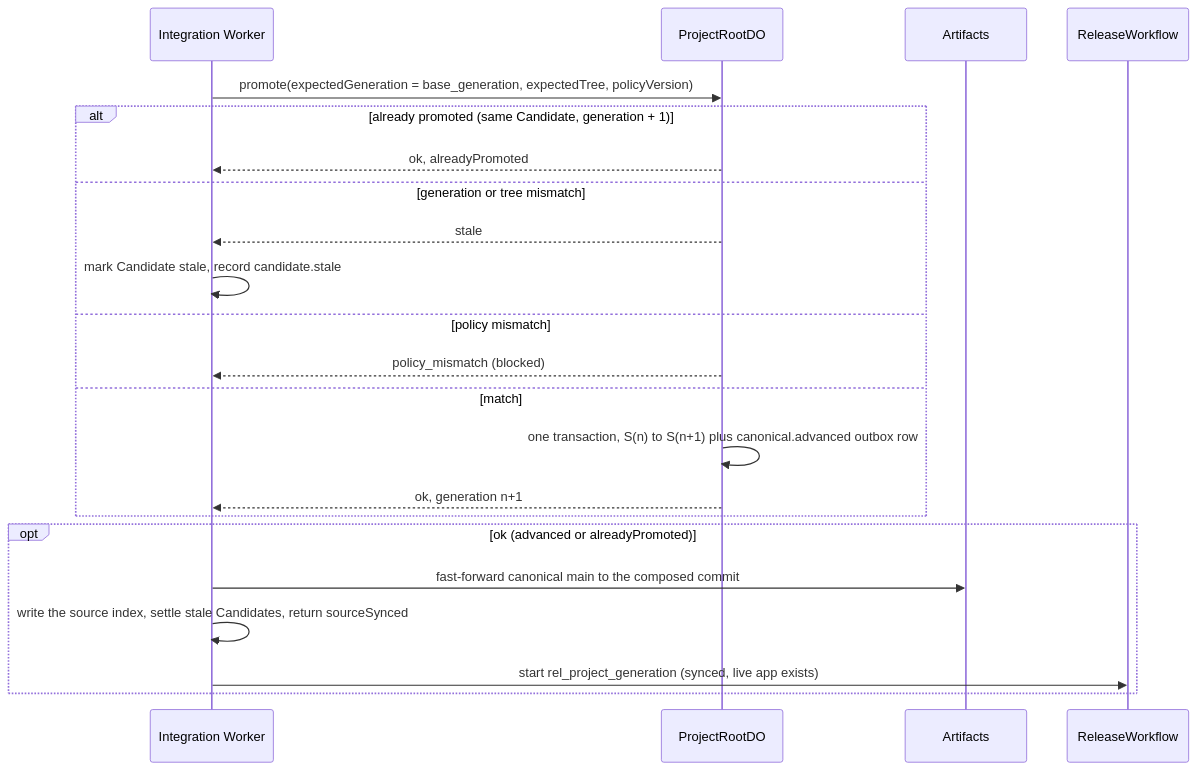
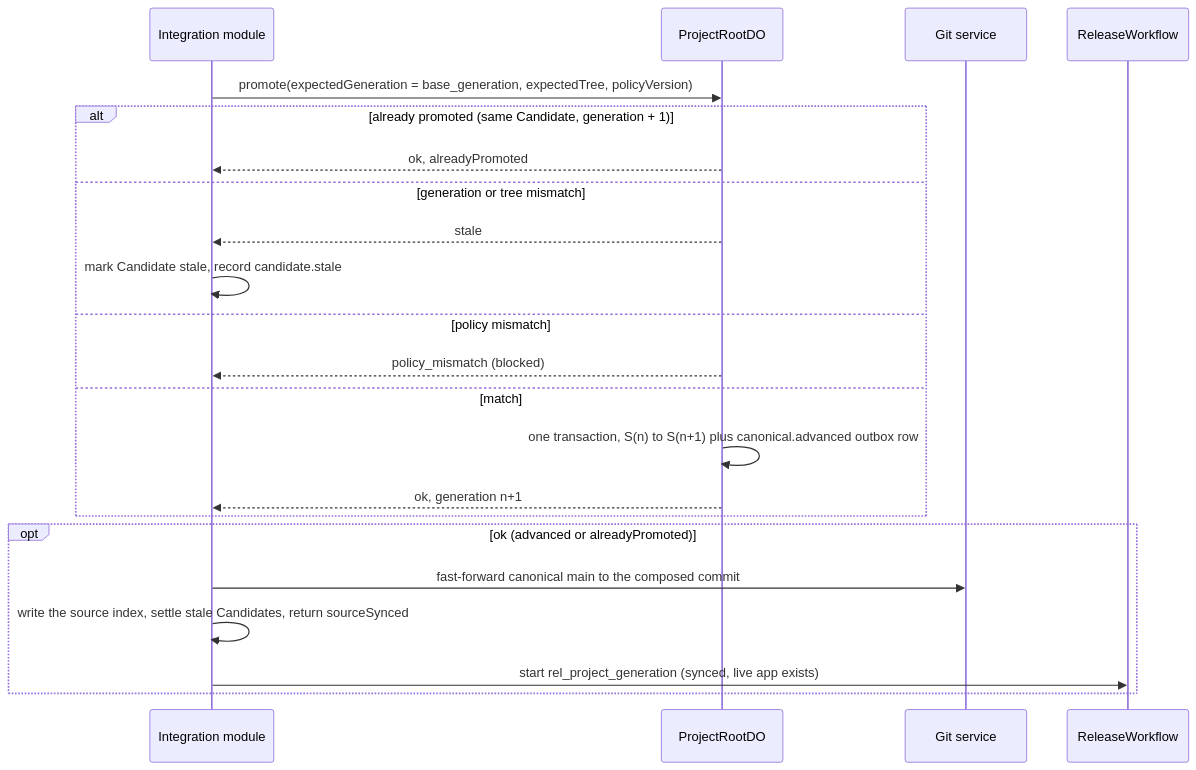
The second of 2 diagrams in docs/adr/0013-promotion-preconditions.md (nsudhanva/rhumbatron), drawn with Mermaid before and after one commit. The commit also changed other lines of this file and 322 other files, not shown here.

````diff
--- a/docs/adr/0013-promotion-preconditions.md
+++ b/docs/adr/0013-promotion-preconditions.md
@@ -152,24 +153,24 @@
 ```mermaid
 sequenceDiagram
-  participant I as Integration Worker
+  participant I as Integration module
   participant P as ProjectRootDO
-  participant A as Artifacts
+  participant A as Git service
   participant W as ReleaseWorkflow
   I->>P: promote(expectedGeneration = base_generation, expectedTree, policyVersion)
   alt already promoted (same Candidate, generation + 1)
     P-->>I: ok, alreadyPromoted
   else generation or tree mismatch
     P-->>I: stale
     I->>I: mark Candidate stale, record candidate.stale
   else policy mismatch
     P-->>I: policy_mismatch (blocked)
   else match
     P->>P: one transaction, S(n) to S(n+1) plus canonical.advanced outbox row
     P-->>I: ok, generation n+1
   end
   opt ok (advanced or alreadyPromoted)
     I->>A: fast-forward canonical main to the composed commit
     I->>I: write the source index, settle stale Candidates, return sourceSynced
     I->>W: start rel_project_generation (synced, live app exists)
   end
 ```
````
